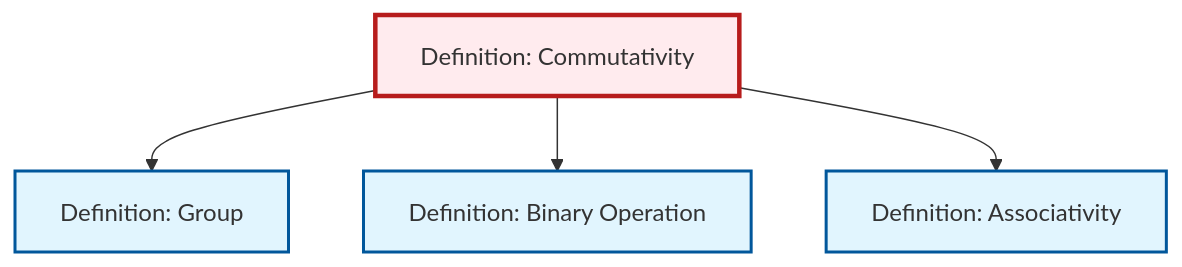
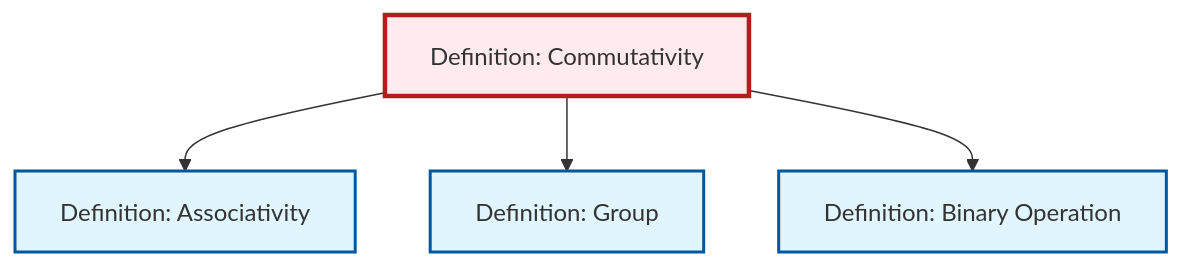
Before and after one commit to RK0429/ModernMath: the diagram in output/mermaid/def-commutativity.mermaid, drawn with Mermaid. The commit also changed other lines of this file and 1124 other files, not shown here.

````diff
--- a/output/mermaid/def-commutativity.mermaid
+++ b/output/mermaid/def-commutativity.mermaid
@@ -1,17 +1,17 @@
 ```{mermaid}
 %%| fig-cap: "Local dependency graph"
 graph TD
     classDef definition fill:#e1f5fe,stroke:#01579b,stroke-width:2px
     classDef theorem fill:#f3e5f5,stroke:#4a148c,stroke-width:2px
     classDef axiom fill:#fff3e0,stroke:#e65100,stroke-width:2px
     classDef example fill:#e8f5e9,stroke:#1b5e20,stroke-width:2px
     classDef current fill:#ffebee,stroke:#b71c1c,stroke-width:3px
     def-binary-operation["Definition: Binary Operation"]:::definition
+    def-commutativity["Definition: Commutativity"]:::definition
     def-associativity["Definition: Associativity"]:::definition
-    def-commutativity["Definition: Commutativity"]:::definition
     def-group["Definition: Group"]:::definition
+    def-commutativity --> def-associativity
     def-commutativity --> def-group
     def-commutativity --> def-binary-operation
-    def-commutativity --> def-associativity
     class def-commutativity current
 ```
````
